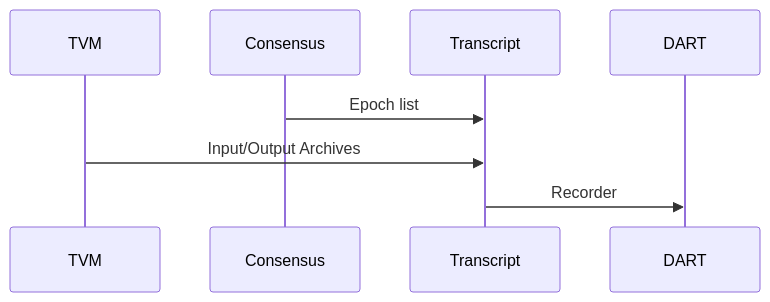
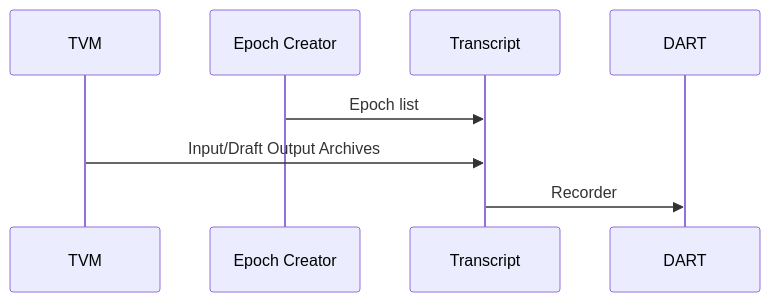
The diagram in documents/architecture/Transcript.md (tagion/tagion), drawn with Mermaid before and after one commit. The commit also changed other lines of this file, not shown here.

Commit message:
transcript

````diff
--- a/documents/architecture/Transcript.md
+++ b/documents/architecture/Transcript.md
@@ -16,10 +16,10 @@
 ```mermaid
 sequenceDiagram
     participant TVM 
-    participant Consensus 
+    participant Epoch Creator 
     participant Transcript
     participant DART 
-    Consensus ->> Transcript: Epoch list  
-    TVM ->> Transcript: Input/Output Archives
+    Epoch Creator ->> Transcript: Epoch list  
+    TVM ->> Transcript: Input/Draft Output Archives
     Transcript ->> DART: Recorder
 ```
````
